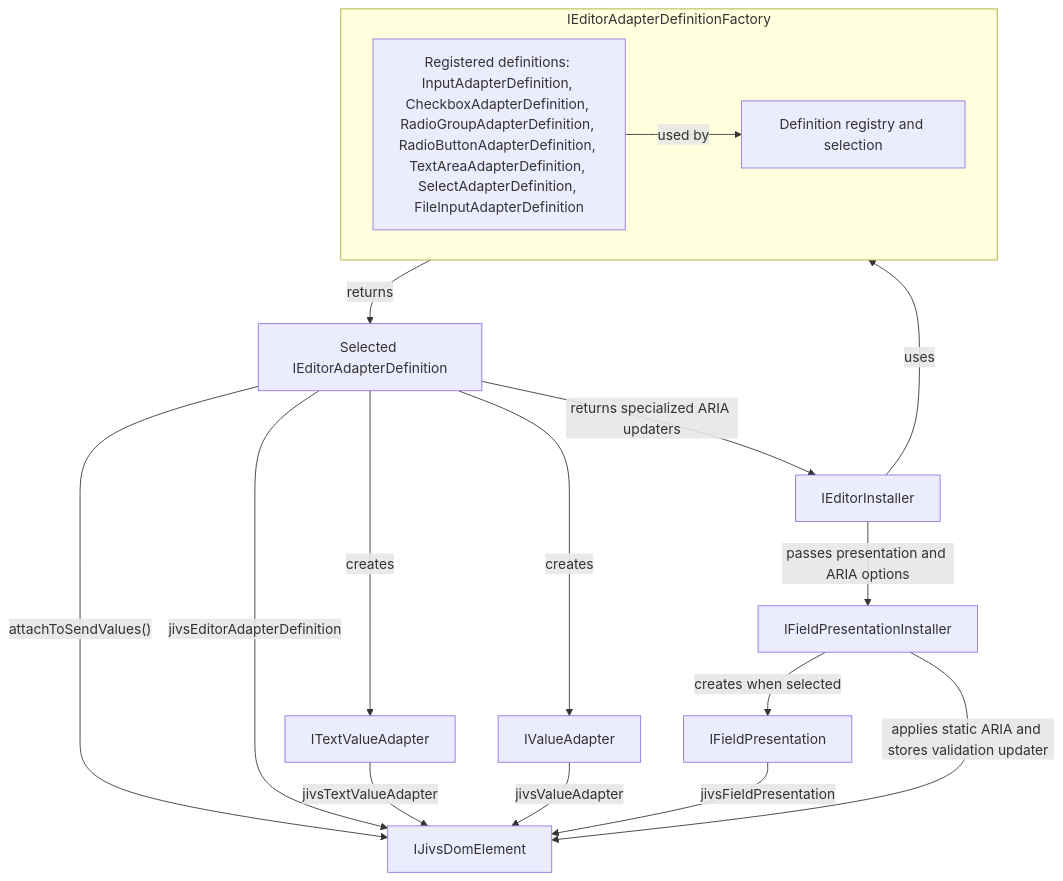
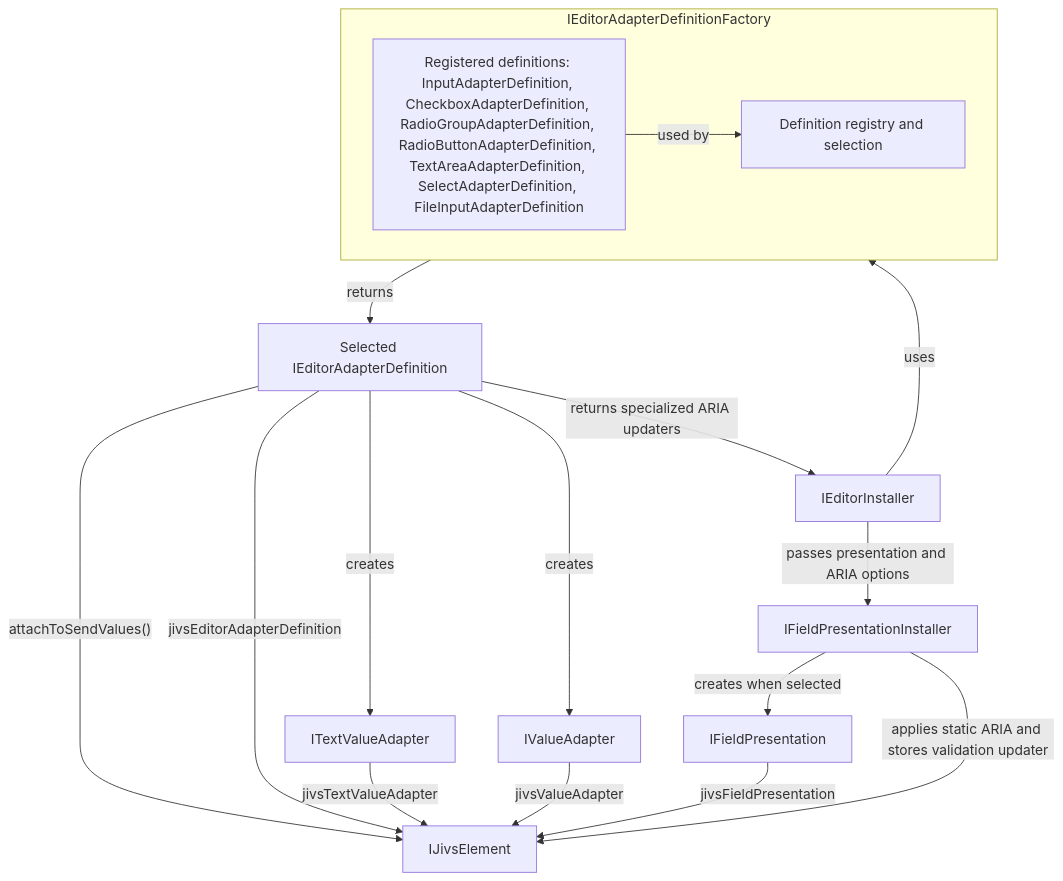
One commit to plblum/jivs changed the second of 14 diagrams in planning/Jivs-DOM_Implementation_Design.md. Above: the diagram before and after it, drawn with Mermaid. The commit also changed other lines of this file and 97 other files, not shown here.

Commit message:
Refactoring to rename anchor and IJivsDomElement to jivsElement

````diff
--- a/planning/Jivs-DOM_Implementation_Design.md
+++ b/planning/Jivs-DOM_Implementation_Design.md
@@ -79,37 +79,37 @@
 ```mermaid
 flowchart TB
     INSTALLER["IEditorInstaller"]
     DEFINITION["Selected IEditorAdapterDefinition"]
     PRESENTATION_INSTALLER["IFieldPresentationInstaller"]
 
     subgraph FACTORY["IEditorAdapterDefinitionFactory"]
         direction LR
 
         REGISTERED["Registered definitions: InputAdapterDefinition, CheckboxAdapterDefinition, RadioGroupAdapterDefinition, RadioButtonAdapterDefinition, TextAreaAdapterDefinition, SelectAdapterDefinition, FileInputAdapterDefinition"]
         FACTORY_API["Definition registry and selection"]
 
         REGISTERED -->|"used by"| FACTORY_API
     end
 
-    ELEMENT["IJivsDomElement"]
+    ELEMENT["IJivsElement"]
     TEXT_ADAPTER["ITextValueAdapter"]
     VALUE_ADAPTER["IValueAdapter"]
     PRESENTATION["IFieldPresentation"]
 
     INSTALLER -->|"uses"| FACTORY
     FACTORY -->|"returns"| DEFINITION
 
     DEFINITION -->|"creates"| TEXT_ADAPTER
     DEFINITION -->|"creates"| VALUE_ADAPTER
     DEFINITION -->|"attachToSendValues()"| ELEMENT
     DEFINITION -->|"returns specialized ARIA updaters"| INSTALLER
 
     DEFINITION -->|"jivsEditorAdapterDefinition"| ELEMENT
     TEXT_ADAPTER -->|"jivsTextValueAdapter"| ELEMENT
     VALUE_ADAPTER -->|"jivsValueAdapter"| ELEMENT
 
     INSTALLER -->|"passes presentation and ARIA options"| PRESENTATION_INSTALLER
     PRESENTATION_INSTALLER -->|"creates when selected"| PRESENTATION
     PRESENTATION -->|"jivsFieldPresentation"| ELEMENT
     PRESENTATION_INSTALLER -->|"applies static ARIA and stores validation updater"| ELEMENT
 ```
````
